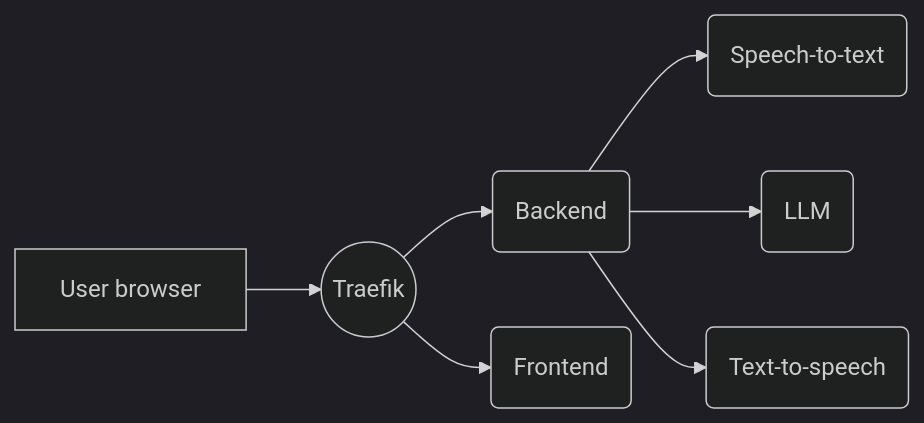
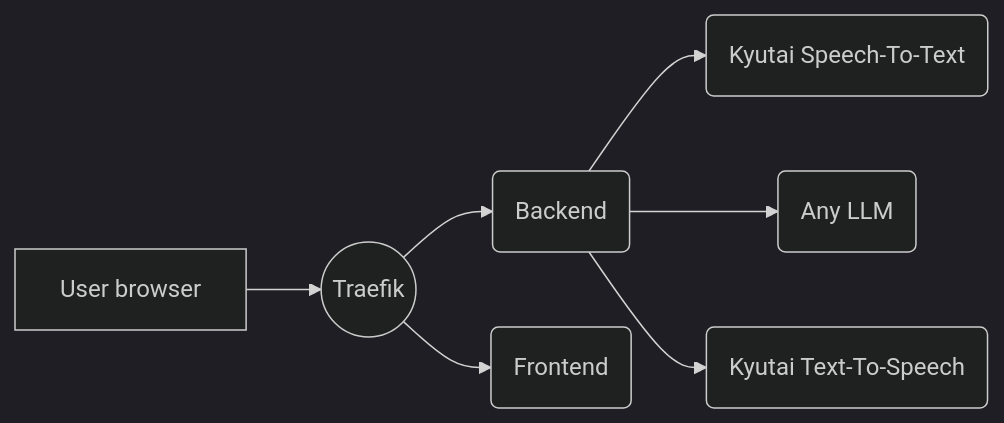
One commit to nicolas-rabault/audio-game changed the diagram in README.md. Above: the diagram before and after it, drawn with Mermaid (dark theme). The commit also changed 3 other files, not shown here.

````diff
--- a/README.md
+++ b/README.md
@@ -11,9 +11,9 @@
 ```mermaid
 graph LR
     UB[User browser] --> T((Traefik))
     T --> B(Backend)
     T --> F(Frontend)
-    B --> STT(Speech-to-text)
-    B --> LLM(LLM)
-    B --> TTS(Text-to-speech)
+    B --> STT(Kyutai Speech-To-Text)
+    B --> LLM(Any LLM)
+    B --> TTS(Kyutai Text-To-Speech)
 ```
````
